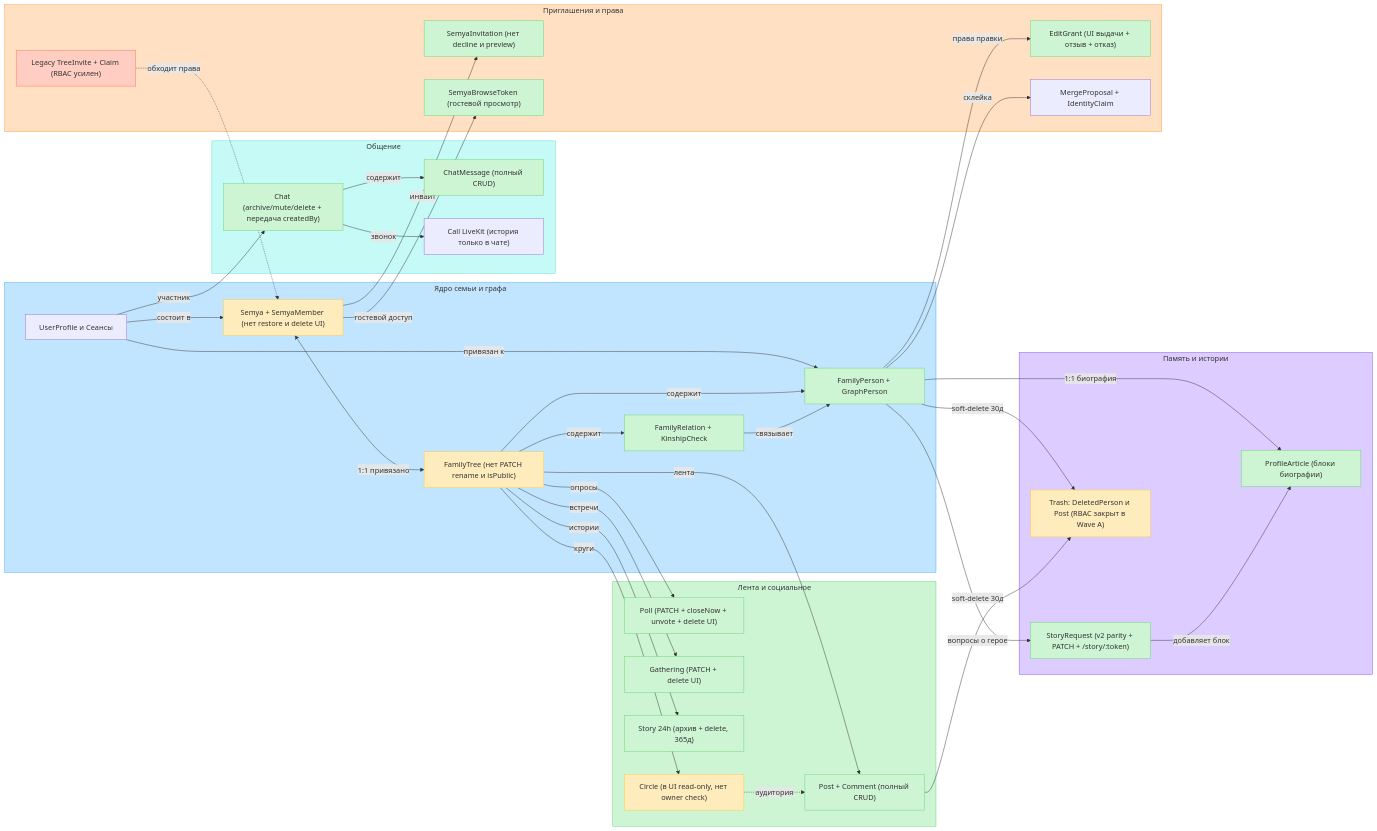
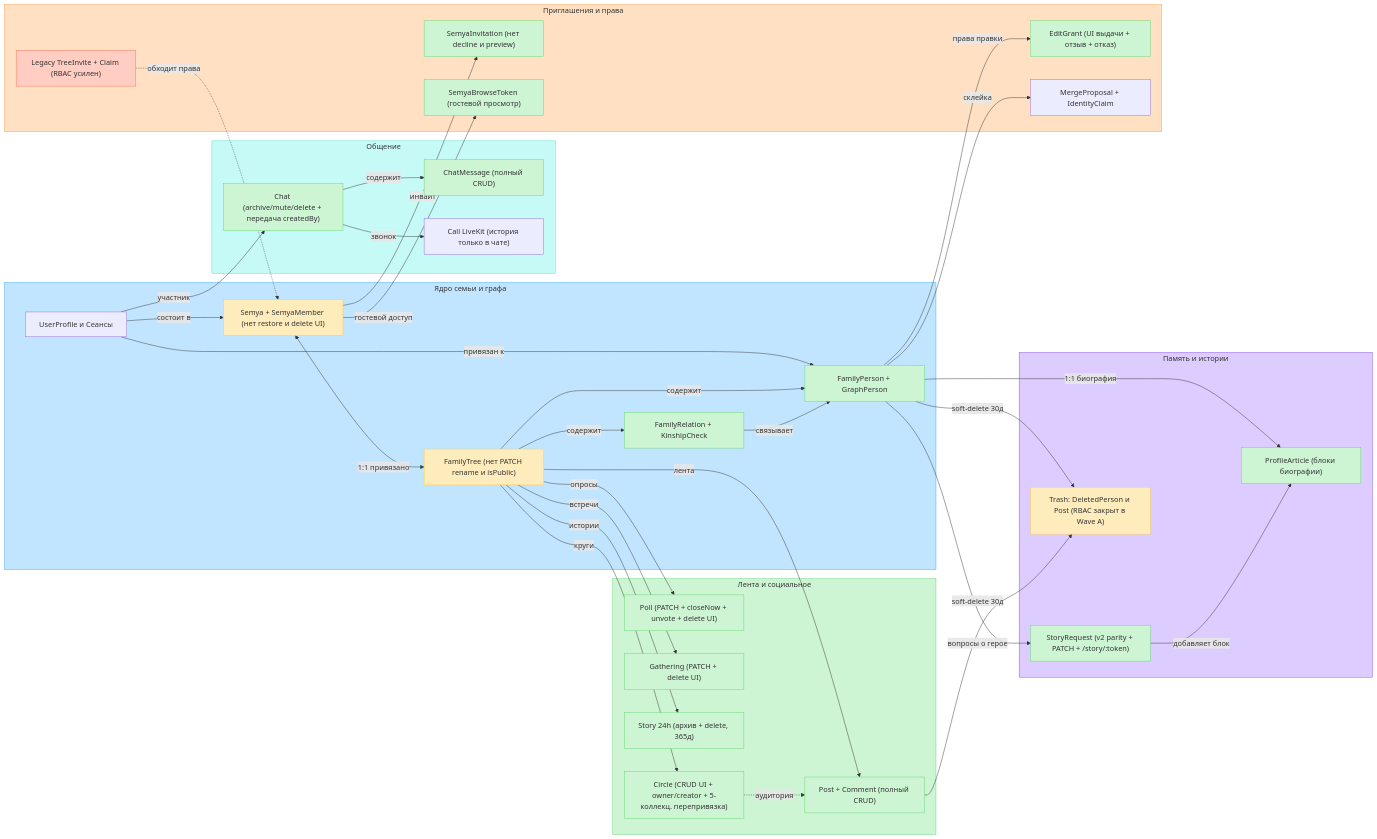
One commit to Fodders-Dev/rodnya-tree-app changed the first of 2 diagrams in docs/rodnya-app-map.md. Above: the diagram before and after it, drawn with Mermaid. The commit also changed other lines of this file and 45 other files, not shown here.

Commit message:
feat(wave-b2b): complete RelationRequest/IdentityClaim cancel, Circle CRUD+owner, and Settings security

````diff
--- a/docs/rodnya-app-map.md
+++ b/docs/rodnya-app-map.md
@@ -17,81 +17,81 @@
 ```mermaid
 flowchart LR
     subgraph sgCore ["Ядро семьи и графа"]
         userProfile["UserProfile и Сеансы"]
         semyaEntity["Semya + SemyaMember (нет restore и delete UI)"]
         familyTree["FamilyTree (нет PATCH rename и isPublic)"]
         familyPerson["FamilyPerson + GraphPerson"]
         familyRelation["FamilyRelation + KinshipCheck"]
     end
 
     subgraph sgMemory ["Память и истории"]
         profileArticle["ProfileArticle (блоки биографии)"]
         storyRequest["StoryRequest (v2 parity + PATCH + /story/:token)"]
         trashEntity["Trash: DeletedPerson и Post (RBAC закрыт в Wave A)"]
     end
 
     subgraph sgFeedEntities ["Лента и социальное"]
         postEntity["Post + Comment (полный CRUD)"]
         pollEntity["Poll (PATCH + closeNow + unvote + delete UI)"]
         gatheringEntity["Gathering (PATCH + delete UI)"]
         story24h["Story 24h (архив + delete, 365д)"]
-        circleEntity["Circle (в UI read-only, нет owner check)"]
+        circleEntity["Circle (CRUD UI + owner/creator + 5-коллекц. перепривязка)"]
     end
 
     subgraph sgCommEntities ["Общение"]
         chatEntity["Chat (archive/mute/delete + передача createdBy)"]
         chatMessage["ChatMessage (полный CRUD)"]
         callEntity["Call LiveKit (история только в чате)"]
     end
 
     subgraph sgAccess ["Приглашения и права"]
         semyaInvite["SemyaInvitation (нет decline и preview)"]
         browseToken["SemyaBrowseToken (гостевой просмотр)"]
         editGrant["EditGrant (UI выдачи + отзыв + отказ)"]
         legacyInvite["Legacy TreeInvite + Claim (RBAC усилен)"]
         mergeIdentity["MergeProposal + IdentityClaim"]
     end
 
     userProfile -->|"состоит в"| semyaEntity
     userProfile -->|"привязан к"| familyPerson
     semyaEntity <-->|"1:1 привязано"| familyTree
     familyTree -->|"содержит"| familyPerson
     familyTree -->|"содержит"| familyRelation
     familyRelation -->|"связывает"| familyPerson
     familyPerson -->|"1:1 биография"| profileArticle
     familyPerson -->|"вопросы о герое"| storyRequest
     storyRequest -->|"добавляет блок"| profileArticle
     familyPerson -->|"soft-delete 30д"| trashEntity
 
     familyTree -->|"лента"| postEntity
     familyTree -->|"опросы"| pollEntity
     familyTree -->|"встречи"| gatheringEntity
     familyTree -->|"истории"| story24h
     familyTree -->|"круги"| circleEntity
     circleEntity -.->|"аудитория"| postEntity
     postEntity -->|"soft-delete 30д"| trashEntity
 
     userProfile -->|"участник"| chatEntity
     chatEntity -->|"содержит"| chatMessage
     chatEntity -->|"звонок"| callEntity
 
     semyaEntity -->|"инвайт"| semyaInvite
     semyaEntity -->|"гостевой доступ"| browseToken
     familyPerson -->|"права правки"| editGrant
     familyPerson -->|"склейка"| mergeIdentity
     legacyInvite -.->|"обходит права"| semyaEntity
 
     classDef ok fill:#CDF4D3,stroke:#66D575
     classDef warn fill:#FFECBD,stroke:#FFC943
     classDef crit fill:#FFCDC2,stroke:#FF7556
 
-    class familyPerson,familyRelation,profileArticle,storyRequest,postEntity,pollEntity,gatheringEntity,story24h,chatEntity,chatMessage,editGrant,semyaInvite,browseToken ok
-    class semyaEntity,familyTree,circleEntity,trashEntity warn
+    class familyPerson,familyRelation,profileArticle,storyRequest,postEntity,pollEntity,gatheringEntity,story24h,circleEntity,chatEntity,chatMessage,editGrant,semyaInvite,browseToken ok
+    class semyaEntity,familyTree,trashEntity warn
     class legacyInvite crit
 
     style sgCore fill:#C2E5FF,stroke:#3DADFF
     style sgMemory fill:#DCCCFF,stroke:#874FFF
     style sgFeedEntities fill:#CDF4D3,stroke:#66D575
     style sgCommEntities fill:#C6FAF6,stroke:#5AD8CC
     style sgAccess fill:#FFE0C2,stroke:#FF9E42
 ```
````
